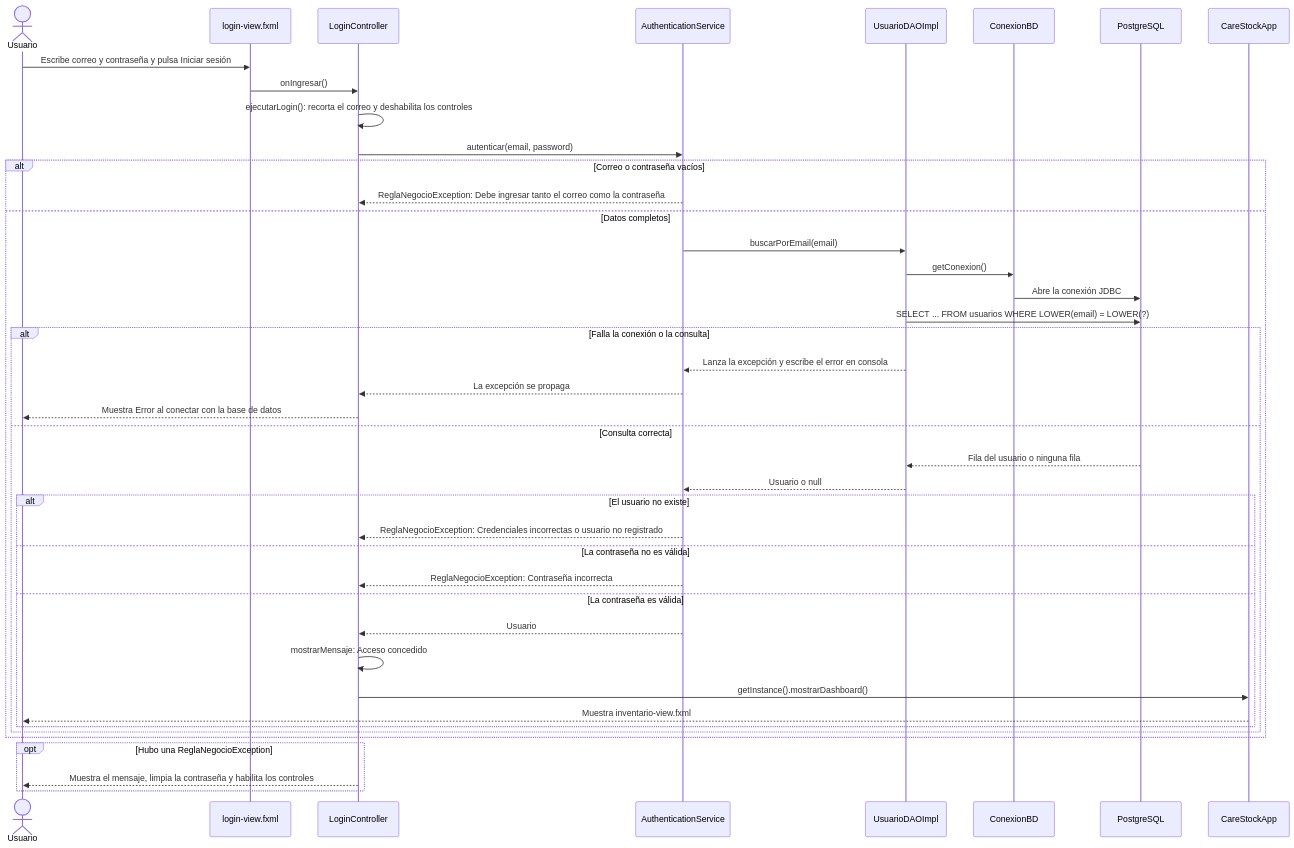
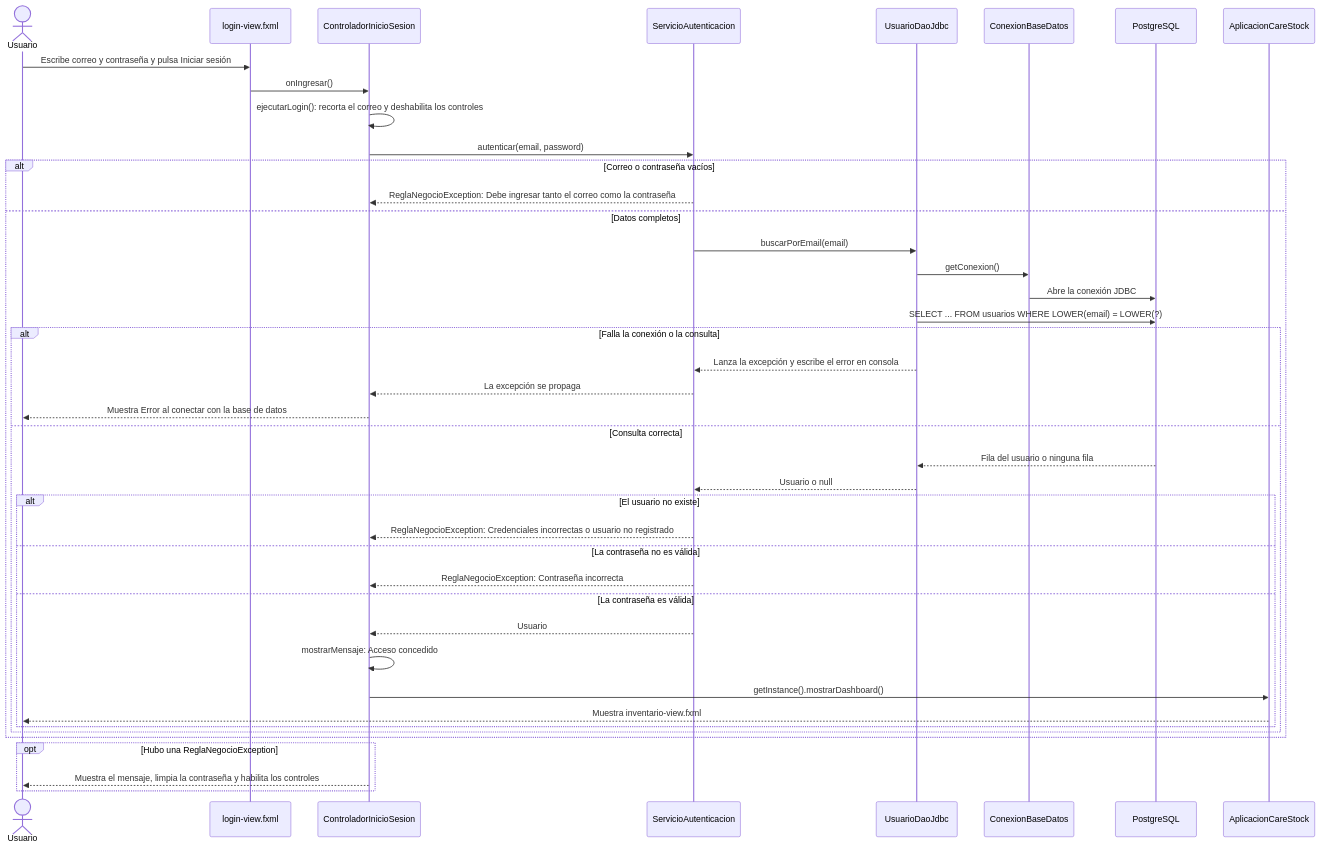
The diagram in docs/diagramas/HU-81/DIAGRAMA_SECUENCIA.md (puj-course/FIS_2630_1204_G1), drawn with Mermaid before and after one commit. The commit also changed other lines of this file and 121 other files, not shown here.

````diff
--- a/docs/diagramas/HU-81/DIAGRAMA_SECUENCIA.md
+++ b/docs/diagramas/HU-81/DIAGRAMA_SECUENCIA.md
@@ -38,44 +38,44 @@
 ```mermaid
 sequenceDiagram
     actor U as Usuario
     participant V as login-view.fxml
-    participant LC as LoginController
-    participant AS as AuthenticationService
-    participant D as UsuarioDAOImpl
-    participant K as ConexionBD
+    participant LC as ControladorInicioSesion
+    participant AS as ServicioAutenticacion
+    participant D as UsuarioDaoJdbc
+    participant K as ConexionBaseDatos
     participant DB as PostgreSQL
-    participant APP as CareStockApp
+    participant APP as AplicacionCareStock
     U->>V: Escribe correo y contraseña y pulsa Iniciar sesión
     V->>LC: onIngresar()
     LC->>LC: ejecutarLogin(): recorta el correo y deshabilita los controles
     LC->>AS: autenticar(email, password)
     alt Correo o contraseña vacíos
         AS-->>LC: ReglaNegocioException: Debe ingresar tanto el correo como la contraseña
     else Datos completos
         AS->>D: buscarPorEmail(email)
         D->>K: getConexion()
         K->>DB: Abre la conexión JDBC
         D->>DB: SELECT ... FROM usuarios WHERE LOWER(email) = LOWER(?)
         alt Falla la conexión o la consulta
             D-->>AS: Lanza la excepción y escribe el error en consola
             AS-->>LC: La excepción se propaga
             LC-->>U: Muestra Error al conectar con la base de datos
         else Consulta correcta
             DB-->>D: Fila del usuario o ninguna fila
             D-->>AS: Usuario o null
             alt El usuario no existe
                 AS-->>LC: ReglaNegocioException: Credenciales incorrectas o usuario no registrado
             else La contraseña no es válida
                 AS-->>LC: ReglaNegocioException: Contraseña incorrecta
             else La contraseña es válida
                 AS-->>LC: Usuario
                 LC->>LC: mostrarMensaje: Acceso concedido
                 LC->>APP: getInstance().mostrarDashboard()
                 APP-->>U: Muestra inventario-view.fxml
             end
         end
     end
     opt Hubo una ReglaNegocioException
         LC-->>U: Muestra el mensaje, limpia la contraseña y habilita los controles
     end
 ```
````
